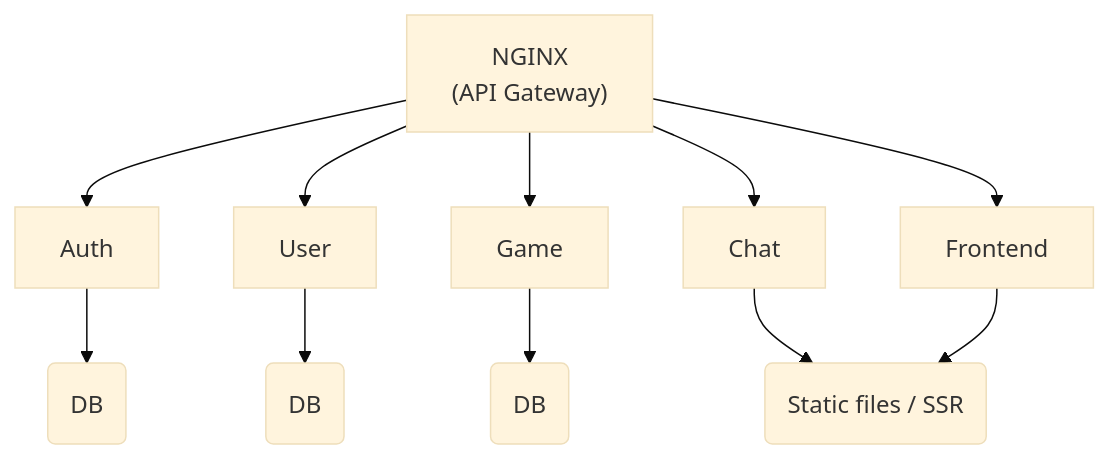
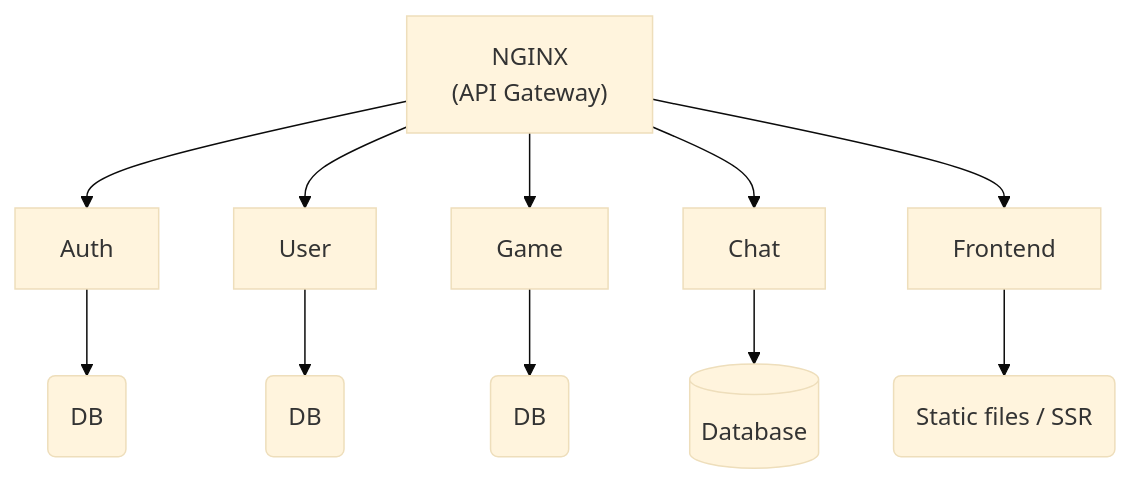
The diagram in docs/00_MODULE_SELECTION _+_MICROSERVICES_BREAKDOWN.md (ccg-v/ft_transcendence), drawn with Mermaid (base theme) before and after one commit. The commit also changed other lines of this file, not shown here.

Commit message:
Documentation stuff

````diff
--- a/docs/00_MODULE_SELECTION _+_MICROSERVICES_BREAKDOWN.md
+++ b/docs/00_MODULE_SELECTION _+_MICROSERVICES_BREAKDOWN.md
@@ -3,9 +3,9 @@
 ```mermaid
 graph TD;
     NGINX["`NGINX
     (API Gateway)`"]-->Auth-->A("DB");
     NGINX-->User-->B("DB");
    	NGINX-->Game-->C("DB");
-   	NGINX-->Chat-->D("DB");	
-    NGINX-->Frontend-->D("Static files / SSR");
+   	NGINX-->Chat--> id1[(Database)];
+    NGINX-->Frontend-->E("Static files / SSR");
 ```
````
